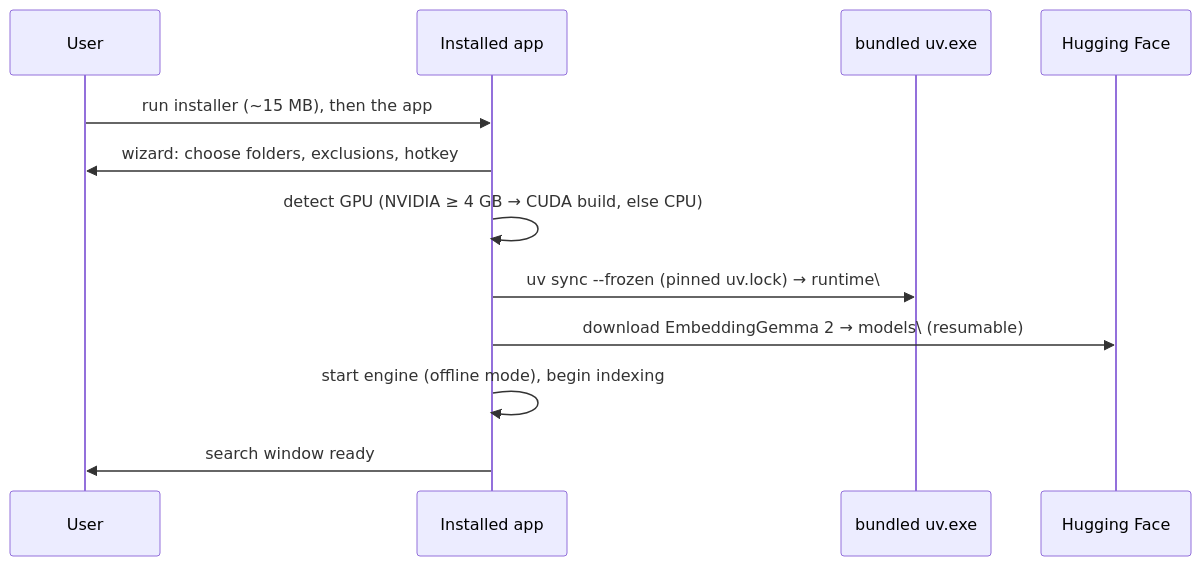
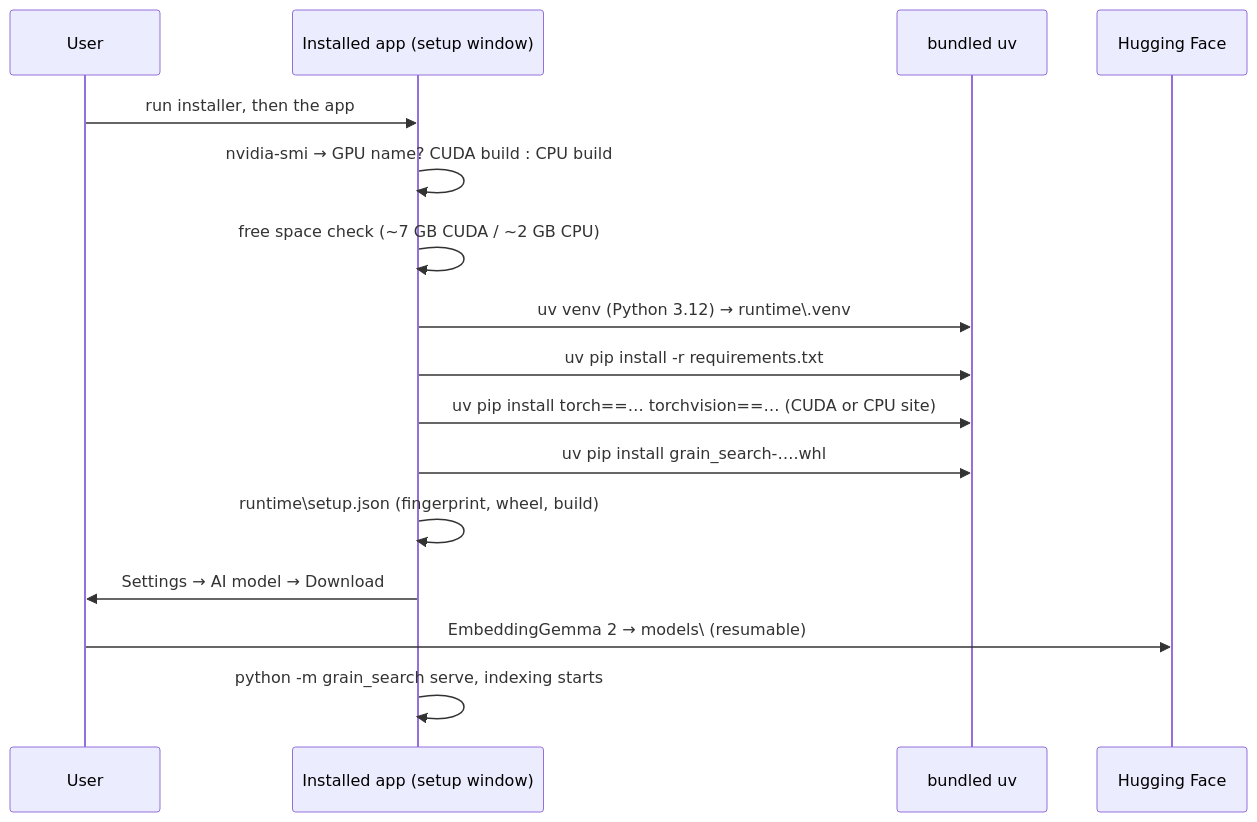
One commit to saifu7/grain-search changed the seventh of 7 diagrams in docs/architecture.md. Above: the diagram before and after it, drawn with Mermaid. The commit also changed other lines of this file and 21 other files, not shown here.

Commit message:
feat(installer): first-run setup window and uninstall clean-up (#23)

````diff
--- a/docs/architecture.md
+++ b/docs/architecture.md
@@ -358,14 +362,18 @@
 ```mermaid
 sequenceDiagram
     participant U as User
-    participant A as Installed app
-    participant UV as bundled uv.exe
+    participant A as Installed app (setup window)
+    participant UV as bundled uv
     participant HF as Hugging Face
-    U->>A: run installer (~15 MB), then the app
-    A->>U: wizard: choose folders, exclusions, hotkey
-    A->>A: detect GPU (NVIDIA ≥ 4 GB → CUDA build, else CPU)
-    A->>UV: uv sync --frozen (pinned uv.lock) → runtime\
-    A->>HF: download EmbeddingGemma 2 → models\ (resumable)
-    A->>A: start engine (offline mode), begin indexing
-    A->>U: search window ready
+    U->>A: run installer, then the app
+    A->>A: nvidia-smi → GPU name? CUDA build : CPU build
+    A->>A: free space check (~7 GB CUDA / ~2 GB CPU)
+    A->>UV: uv venv (Python 3.12) → runtime\.venv
+    A->>UV: uv pip install -r requirements.txt
+    A->>UV: uv pip install torch==… torchvision==… (CUDA or CPU site)
+    A->>UV: uv pip install grain_search-….whl
+    A->>A: runtime\setup.json (fingerprint, wheel, build)
+    A->>U: Settings → AI model → Download
+    U->>HF: EmbeddingGemma 2 → models\ (resumable)
+    A->>A: python -m grain_search serve, indexing starts
 ```
````
